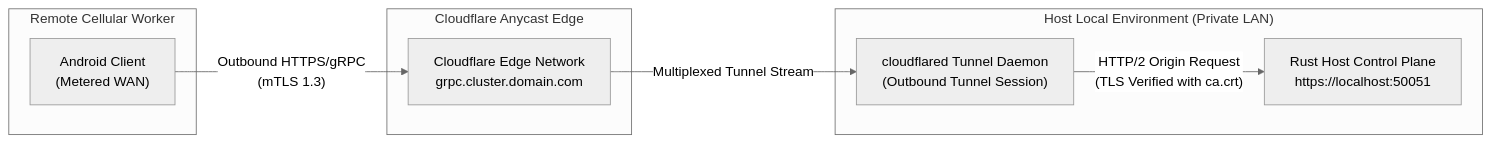
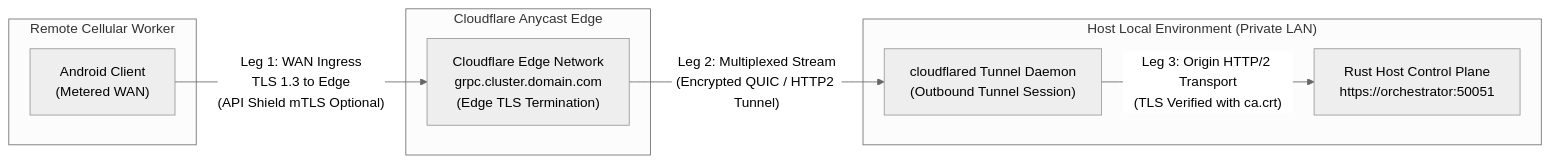
The diagram in docs/src/ingress/cloudflare_tunnel.md (MrQuality/androgrid-backend), drawn with Mermaid (neutral theme) before and after one commit. The commit also changed other lines of this file and 2 other files, not shown here.

Commit message:
fix(docs): correct attempt fencing sequence, rrc timing boundaries, and ingress tls topology (#24)

````diff
--- a/docs/src/ingress/cloudflare_tunnel.md
+++ b/docs/src/ingress/cloudflare_tunnel.md
@@ -17,19 +17,19 @@
 ```mermaid
 flowchart LR
     subgraph MobileDevice["Remote Cellular Worker"]
         Worker["Android Client<br/>(Metered WAN)"]
     end
 
     subgraph AnycastEdge["Cloudflare Anycast Edge"]
-        CFEdge["Cloudflare Edge Network<br/>grpc.cluster.domain.com"]
+        CFEdge["Cloudflare Edge Network<br/>grpc.cluster.domain.com<br/>(Edge TLS Termination)"]
     end
 
     subgraph HostPremise["Host Local Environment (Private LAN)"]
         Tunnel["cloudflared Tunnel Daemon<br/>(Outbound Tunnel Session)"]
-        Orchestrator["Rust Host Control Plane<br/>https://localhost:50051"]
+        Orchestrator["Rust Host Control Plane<br/>https://orchestrator:50051"]
     end
 
-    Worker -->|"Outbound HTTPS/gRPC<br/>(mTLS 1.3)"| CFEdge
-    CFEdge -->|"Multiplexed Tunnel Stream"| Tunnel
-    Tunnel -->|"HTTP/2 Origin Request<br/>(TLS Verified with ca.crt)"| Orchestrator
+    Worker -->|"Leg 1: WAN Ingress<br/>TLS 1.3 to Edge<br/>(API Shield mTLS Optional)"| CFEdge
+    CFEdge -->|"Leg 2: Multiplexed Stream<br/>(Encrypted QUIC / HTTP2 Tunnel)"| Tunnel
+    Tunnel -->|"Leg 3: Origin HTTP/2 Transport<br/>(TLS Verified with ca.crt)"| Orchestrator
 ```
````
